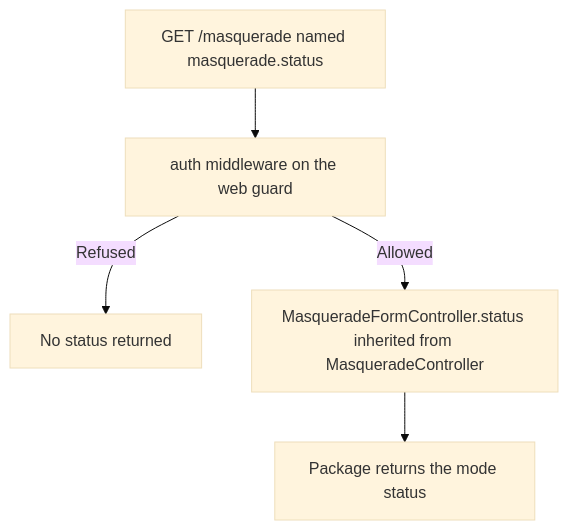
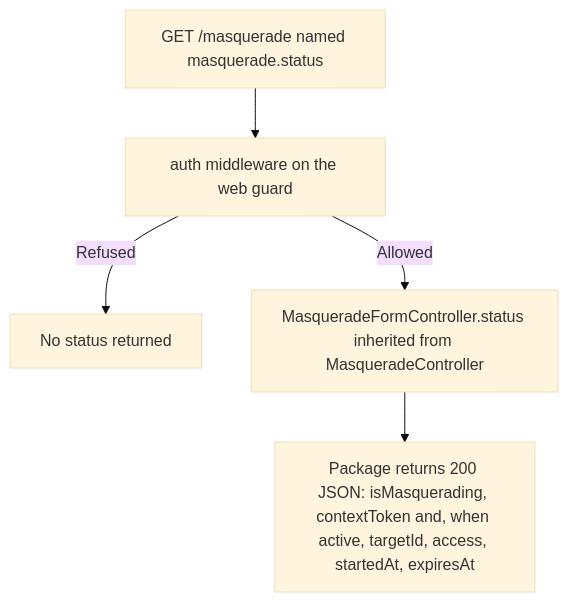
One commit to Kevinjohn/oss-adonisjs-starter-examples changed the second of 2 diagrams in user-stories/support/us-masq-05-read-support-mode-status.md. Above: the diagram before and after it, drawn with Mermaid (base theme). The commit also changed other lines of this file and 6 other files, not shown here.

````diff
--- a/user-stories/support/us-masq-05-read-support-mode-status.md
+++ b/user-stories/support/us-masq-05-read-support-mode-status.md
@@ -33,7 +39,7 @@
 ```mermaid
 flowchart TD
     A["GET /masquerade named masquerade.status"] --> B["auth middleware on the web guard"]
     B -->|"Refused"| C["No status returned"]
     B -->|"Allowed"| D["MasqueradeFormController.status inherited from MasqueradeController"]
-    D --> E["Package returns the mode status"]
+    D --> E["Package returns 200 JSON: isMasquerading, contextToken and, when active, targetId, access, startedAt, expiresAt"]
 ```
````
